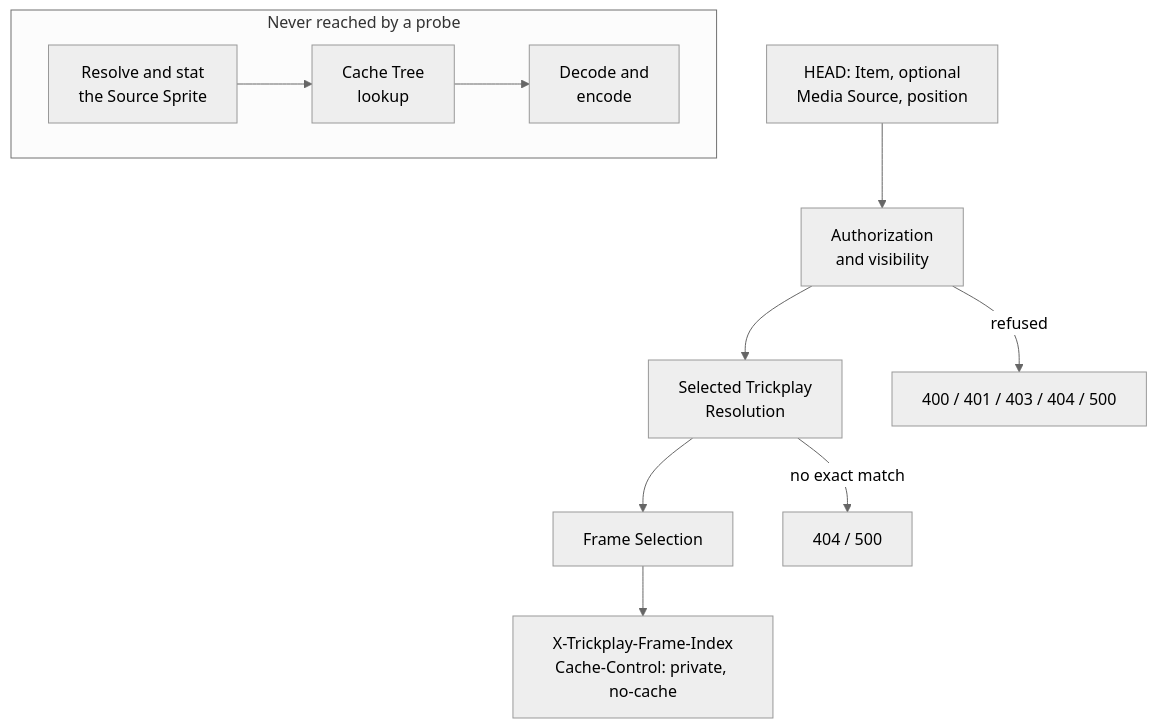
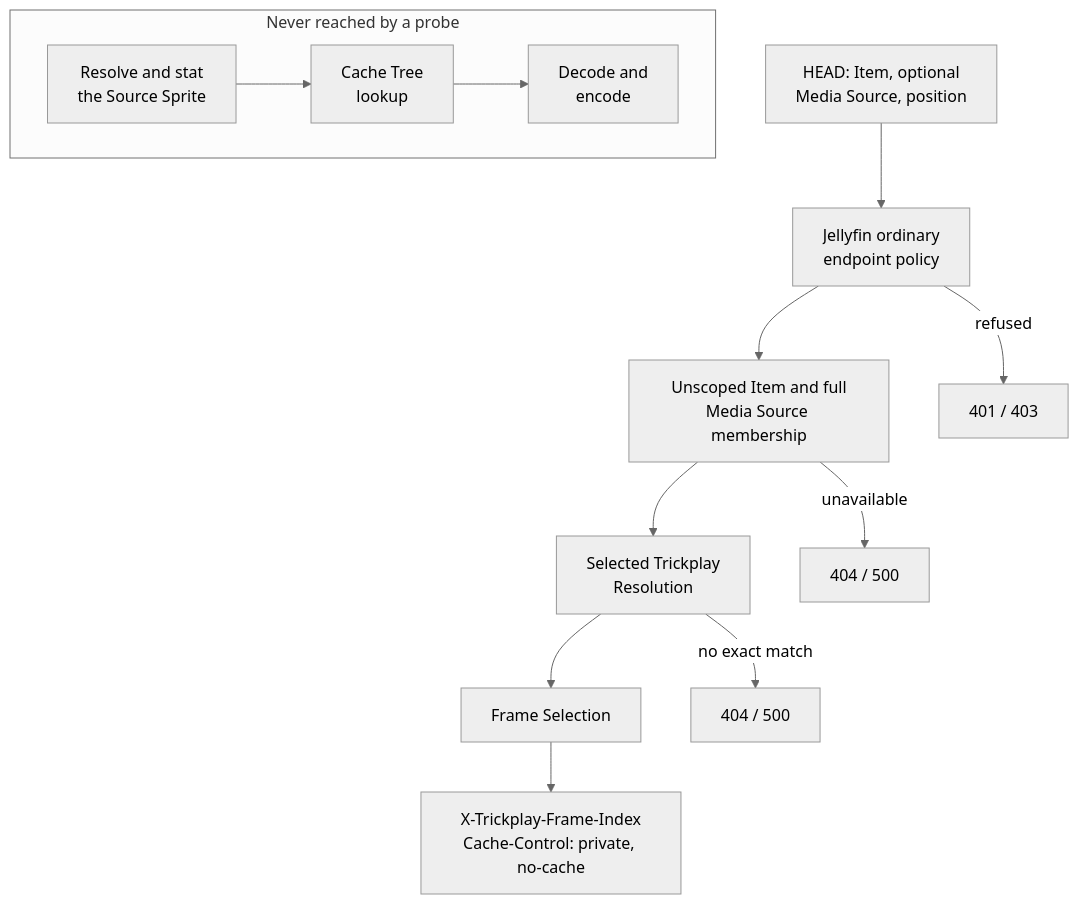
The diagram in docs/business/lifecycle/frame-probe.md (xiakeng/trickplay-cropper), drawn with Mermaid (neutral theme) before and after one commit. The commit also changed other lines of this file and 45 other files, not shown here.

````diff
--- a/docs/business/lifecycle/frame-probe.md
+++ b/docs/business/lifecycle/frame-probe.md
@@ -59,18 +70,20 @@
 ```mermaid
 flowchart TD
-    In["HEAD: Item, optional<br/>Media Source, position"] --> Auth["Authorization<br/>and visibility"]
-    Auth --> Res["Selected Trickplay<br/>Resolution"]
+    In["HEAD: Item, optional<br/>Media Source, position"] --> Policy["Jellyfin ordinary<br/>endpoint policy"]
+    Policy --> Source["Unscoped Item and full<br/>Media Source membership"]
+    Source --> Res["Selected Trickplay<br/>Resolution"]
     Res --> Sel["Frame Selection"]
     Sel --> Out["X-Trickplay-Frame-Index<br/>Cache-Control: private, no-cache"]
 
-    Auth -->|"refused"| FailAuth["400 / 401 / 403 / 404 / 500"]
+    Policy -->|"refused"| FailAuth["401 / 403"]
+    Source -->|"unavailable"| FailSource["404 / 500"]
     Res -->|"no exact match"| FailRes["404 / 500"]
 
     subgraph Unreachable["Never reached by a probe"]
         direction LR
         Sprite["Resolve and stat<br/>the Source Sprite"]
         Tree["Cache Tree<br/>lookup"]
         Enc["Decode and<br/>encode"]
         Sprite --> Tree --> Enc
     end
 ```
````
